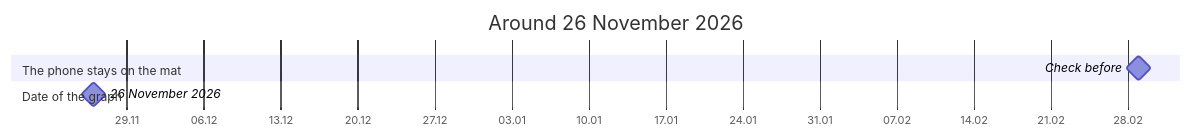
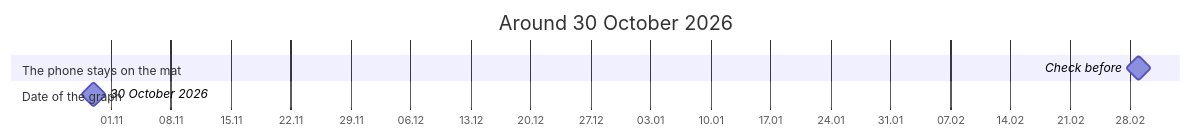
Before and after one commit to advancedcognitivesystems-ai/trame: the diagram in apps/poselia/docs/timeline.md, drawn with Mermaid. The commit also changed other lines of this file and 441 other files, not shown here.

First line of the commit message:
Every choice backed by an architecture decision; one comparison of builds

````diff
--- a/apps/poselia/docs/timeline.md
+++ b/apps/poselia/docs/timeline.md
@@ -5,10 +5,10 @@
 ```mermaid
 gantt
   dateFormat YYYY-MM-DD
   axisFormat %d.%m
-  title Around 26 November 2026
+  title Around 30 October 2026
   section The phone stays on the mat
     Check before : milestone, 2027-03-01, 0d
   section Date of the graph
-    26 November 2026 : milestone, 2026-11-26, 0d
+    30 October 2026 : milestone, 2026-10-30, 0d
 ```
````
